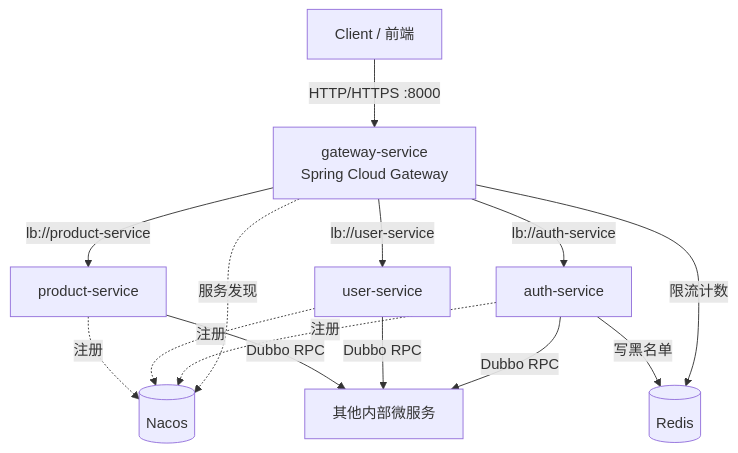
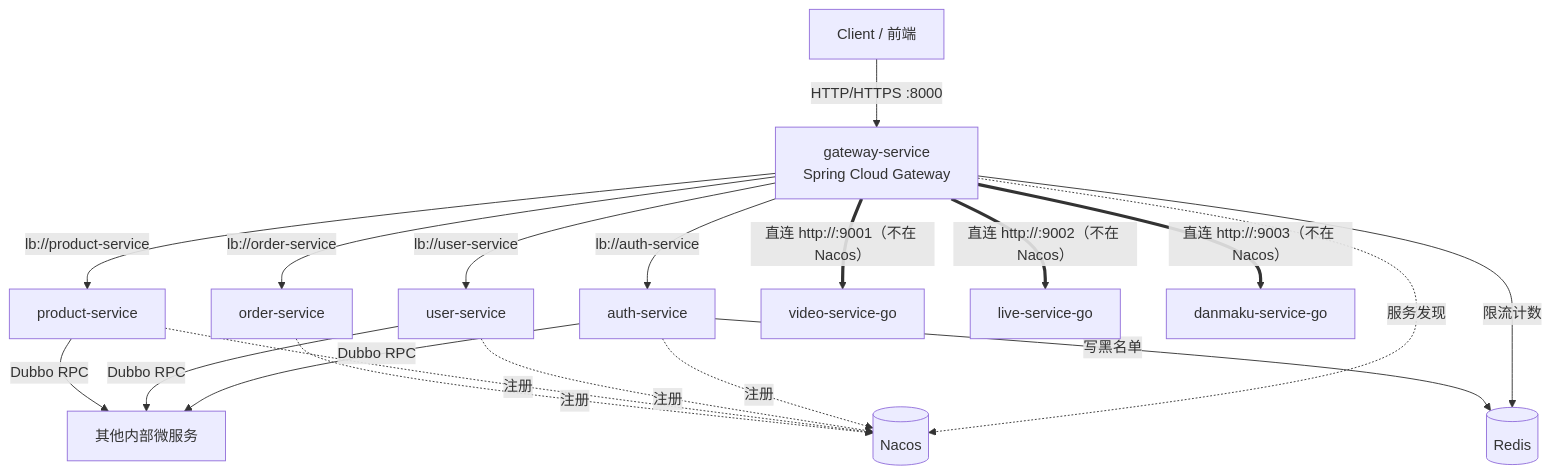
Before and after one commit to YunfeiSHU/media-community: the first of 4 diagrams in gateway-service/网关架构.md, drawn with Mermaid. The commit also changed other lines of this file and 5 other files, not shown here.

````diff
--- a/gateway-service/网关架构.md
+++ b/gateway-service/网关架构.md
@@ -8,16 +8,21 @@
 ```mermaid
 flowchart TB
     C[Client / 前端] -->|HTTP/HTTPS :8000| G[gateway-service<br/>Spring Cloud Gateway]
     G -->|lb://auth-service| A[auth-service]
     G -->|lb://user-service| U[user-service]
     G -->|lb://product-service| P[product-service]
+    G -->|lb://order-service| O[order-service]
     G -.服务发现.-> N[(Nacos)]
     A -.注册.-> N
     U -.注册.-> N
     P -.注册.-> N
+    O -.注册.-> N
+    G ==>|"直连 http://:9001（不在 Nacos）"| VD[video-service-go]
+    G ==>|"直连 http://:9002（不在 Nacos）"| LV[live-service-go]
+    G ==>|"直连 http://:9003（不在 Nacos）"| DM[danmaku-service-go]
     G -->|限流计数| R[(Redis)]
     A -->|写黑名单| R
     A -->|Dubbo RPC| S[其他内部微服务]
     U -->|Dubbo RPC| S
     P -->|Dubbo RPC| S
 ```
````
